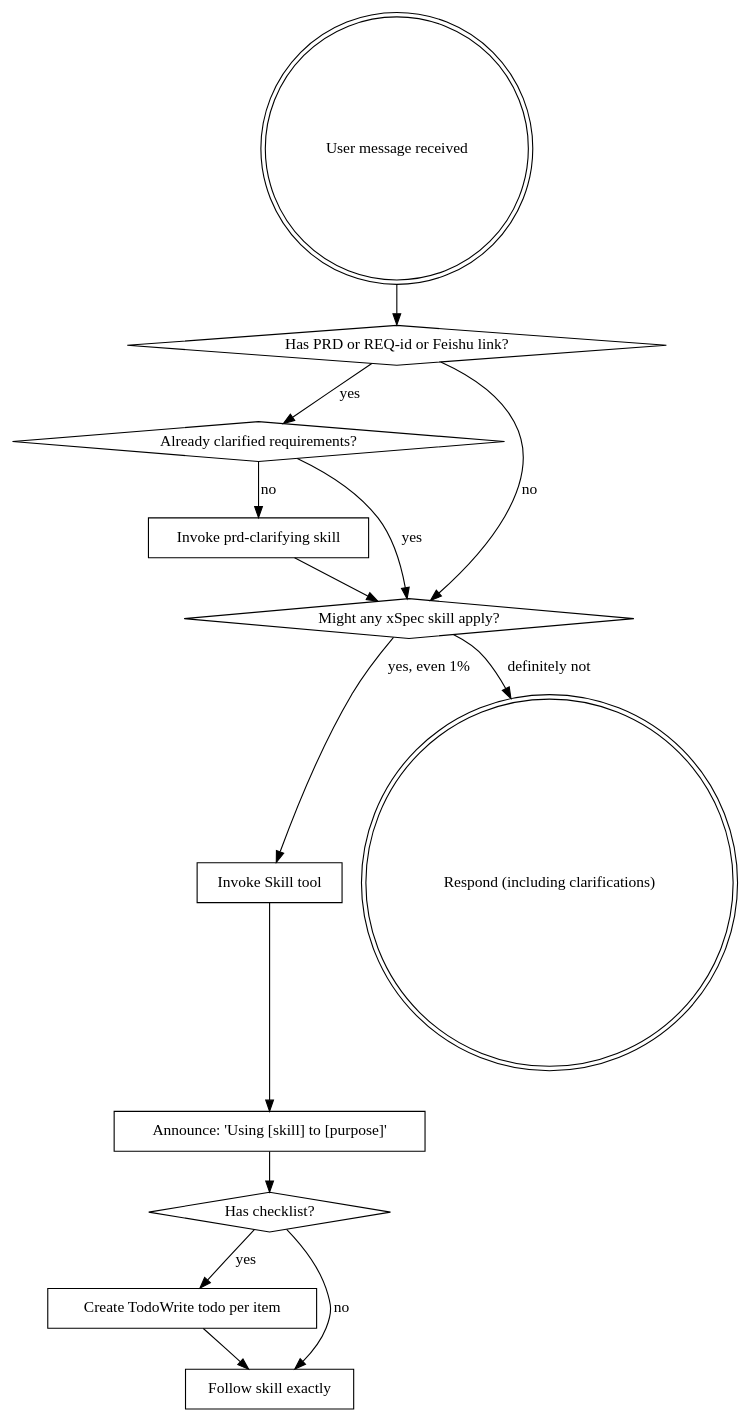
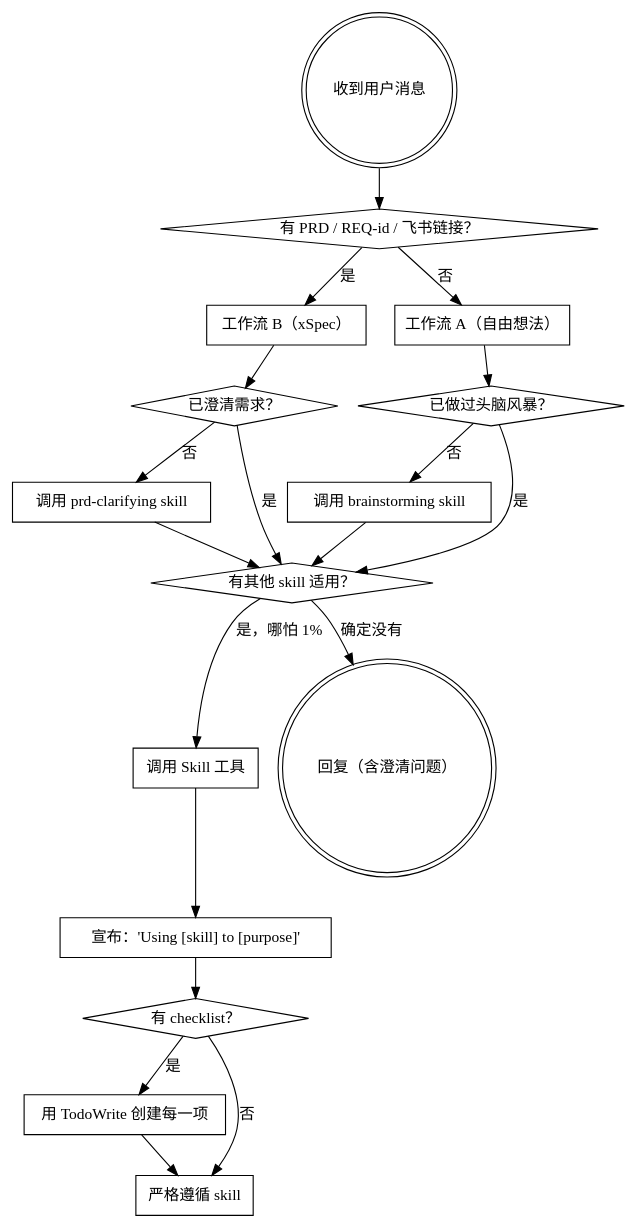
Before and after one commit to yunboom/my-superpowers: the diagram in skills/using-xspec/SKILL.zh-CN.md, drawn with Graphviz. The commit also changed other lines of this file and 2 other files, not shown here.

First line of the commit message:
feat(using-xspec): 增加双工作流路由逻辑和详细使用规范

````diff
--- a/skills/using-xspec/SKILL.zh-CN.md
+++ b/skills/using-xspec/SKILL.zh-CN.md
@@ -26,30 +52,41 @@
 ```dot
 digraph xspec_flow {
-    "User message received" [shape=doublecircle];
-    "Has PRD or REQ-id or Feishu link?" [shape=diamond];
-    "Already clarified requirements?" [shape=diamond];
-    "Invoke prd-clarifying skill" [shape=box];
-    "Might any xSpec skill apply?" [shape=diamond];
-    "Invoke Skill tool" [shape=box];
-    "Announce: 'Using [skill] to [purpose]'" [shape=box];
-    "Has checklist?" [shape=diamond];
-    "Create TodoWrite todo per item" [shape=box];
-    "Follow skill exactly" [shape=box];
-    "Respond (including clarifications)" [shape=doublecircle];
+    "收到用户消息" [shape=doublecircle];
+    "路由工作流" [shape=diamond, label="有 PRD / REQ-id / 飞书链接？"];
+    "工作流 B" [shape=box, label="工作流 B（xSpec）"];
+    "工作流 A" [shape=box, label="工作流 A（自由想法）"];
+    "已澄清需求？" [shape=diamond];
+    "调用 prd-clarifying skill" [shape=box];
+    "已做过头脑风暴？" [shape=diamond];
+    "调用 brainstorming skill" [shape=box];
+    "有其他 skill 适用？" [shape=diamond];
+    "调用 Skill 工具" [shape=box];
+    "宣布：'Using [skill] to [purpose]'" [shape=box];
+    "有 checklist？" [shape=diamond];
+    "用 TodoWrite 创建每一项" [shape=box];
+    "严格遵循 skill" [shape=box];
+    "回复（含澄清问题）" [shape=doublecircle];
 
-    "User message received" -> "Has PRD or REQ-id or Feishu link?";
-    "Has PRD or REQ-id or Feishu link?" -> "Already clarified requirements?" [label="yes"];
-    "Has PRD or REQ-id or Feishu link?" -> "Might any xSpec skill apply?" [label="no"];
-    "Already clarified requirements?" -> "Invoke prd-clarifying skill" [label="no"];
-    "Already clarified requirements?" -> "Might any xSpec skill apply?" [label="yes"];
-    "Invoke prd-clarifying skill" -> "Might any xSpec skill apply?";
+    "收到用户消息" -> "路由工作流";
+    "路由工作流" -> "工作流 B" [label="是"];
+    "路由工作流" -> "工作流 A" [label="否"];
 
-    "Might any xSpec skill apply?" -> "Invoke Skill tool" [label="yes, even 1%"];
-    "Might any xSpec skill apply?" -> "Respond (including clarifications)" [label="definitely not"];
-    "Invoke Skill tool" -> "Announce: 'Using [skill] to [purpose]'";
-    "Announce: 'Using [skill] to [purpose]'" -> "Has checklist?";
-    "Has checklist?" -> "Create TodoWrite todo per item" [label="yes"];
-    "Has checklist?" -> "Follow skill exactly" [label="no"];
-    "Create TodoWrite todo per item" -> "Follow skill exactly";
+    "工作流 B" -> "已澄清需求？";
+    "已澄清需求？" -> "调用 prd-clarifying skill" [label="否"];
+    "已澄清需求？" -> "有其他 skill 适用？" [label="是"];
+    "调用 prd-clarifying skill" -> "有其他 skill 适用？";
+
+    "工作流 A" -> "已做过头脑风暴？";
+    "已做过头脑风暴？" -> "调用 brainstorming skill" [label="否"];
+    "已做过头脑风暴？" -> "有其他 skill 适用？" [label="是"];
+    "调用 brainstorming skill" -> "有其他 skill 适用？";
+
+    "有其他 skill 适用？" -> "调用 Skill 工具" [label="是，哪怕 1%"];
+    "有其他 skill 适用？" -> "回复（含澄清问题）" [label="确定没有"];
+    "调用 Skill 工具" -> "宣布：'Using [skill] to [purpose]'";
+    "宣布：'Using [skill] to [purpose]'" -> "有 checklist？";
+    "有 checklist？" -> "用 TodoWrite 创建每一项" [label="是"];
+    "有 checklist？" -> "严格遵循 skill" [label="否"];
+    "用 TodoWrite 创建每一项" -> "严格遵循 skill";
 }
 ```
````
